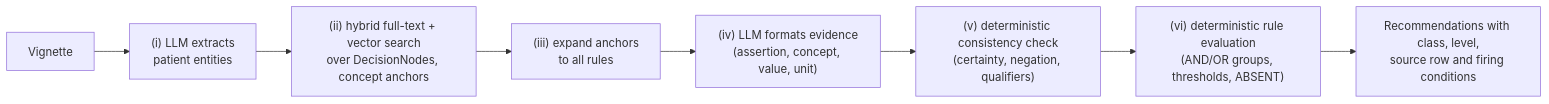
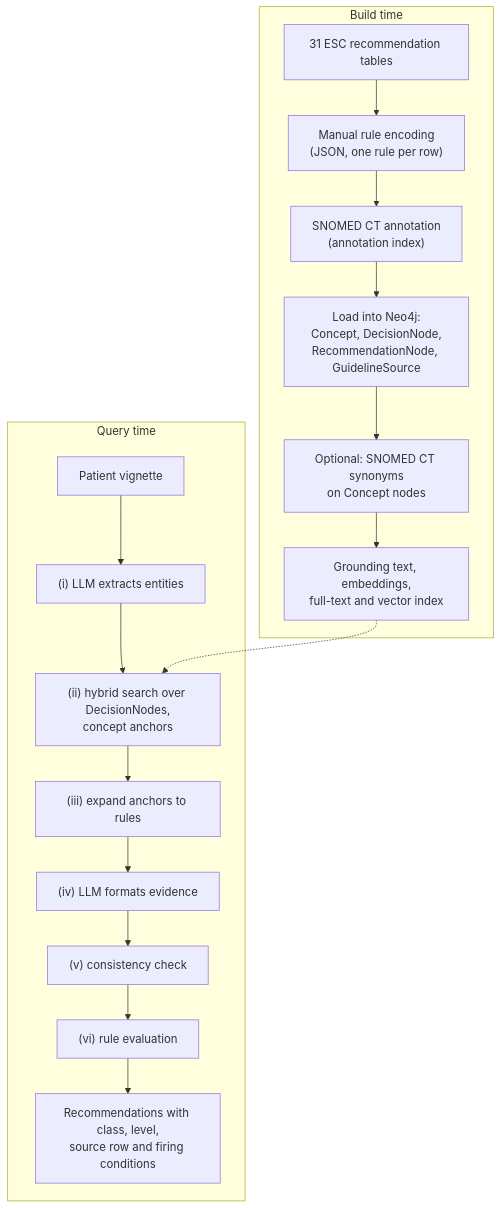
The first of 3 diagrams in README.md (dieterich-lab/ExecutableKG), drawn with Mermaid before and after one commit. The commit also changed other lines of this file and 2 other files, not shown here.

Commit message:
Expand README: concept, schema, query steps, worked examples

````diff
--- a/README.md
+++ b/README.md
@@ -27,10 +69,20 @@
 ```mermaid
-flowchart LR
-    V[Vignette] --> I["(i) LLM extracts<br/>patient entities"]
-    I --> G["(ii) hybrid full-text + vector search<br/>over DecisionNodes, concept anchors"]
-    G --> X["(iii) expand anchors<br/>to all rules"]
-    X --> N["(iv) LLM formats evidence<br/>(assertion, concept, value, unit)"]
-    N --> C["(v) deterministic consistency check<br/>(certainty, negation, qualifiers)"]
-    C --> E["(vi) deterministic rule evaluation<br/>(AND/OR groups, thresholds, ABSENT)"]
-    E --> R["Recommendations with class, level,<br/>source row and firing conditions"]
+flowchart TB
+    subgraph build["Build time"]
+        T["31 ESC recommendation tables"] --> E["Manual rule encoding<br/>(JSON, one rule per row)"]
+        E --> S["SNOMED CT annotation<br/>(annotation index)"]
+        S --> L["Load into Neo4j:<br/>Concept, DecisionNode,<br/>RecommendationNode, GuidelineSource"]
+        L --> Y["Optional: SNOMED CT synonyms<br/>on Concept nodes"]
+        Y --> I["Grounding text, embeddings,<br/>full-text and vector index"]
+    end
+    subgraph query["Query time"]
+        V["Patient vignette"] --> X["(i) LLM extracts entities"]
+        X --> G["(ii) hybrid search over DecisionNodes,<br/>concept anchors"]
+        G --> R["(iii) expand anchors to rules"]
+        R --> N["(iv) LLM formats evidence"]
+        N --> C["(v) consistency check"]
+        C --> EV["(vi) rule evaluation"]
+        EV --> O["Recommendations with class, level,<br/>source row and firing conditions"]
+    end
+    I -.-> G
 ```
````
